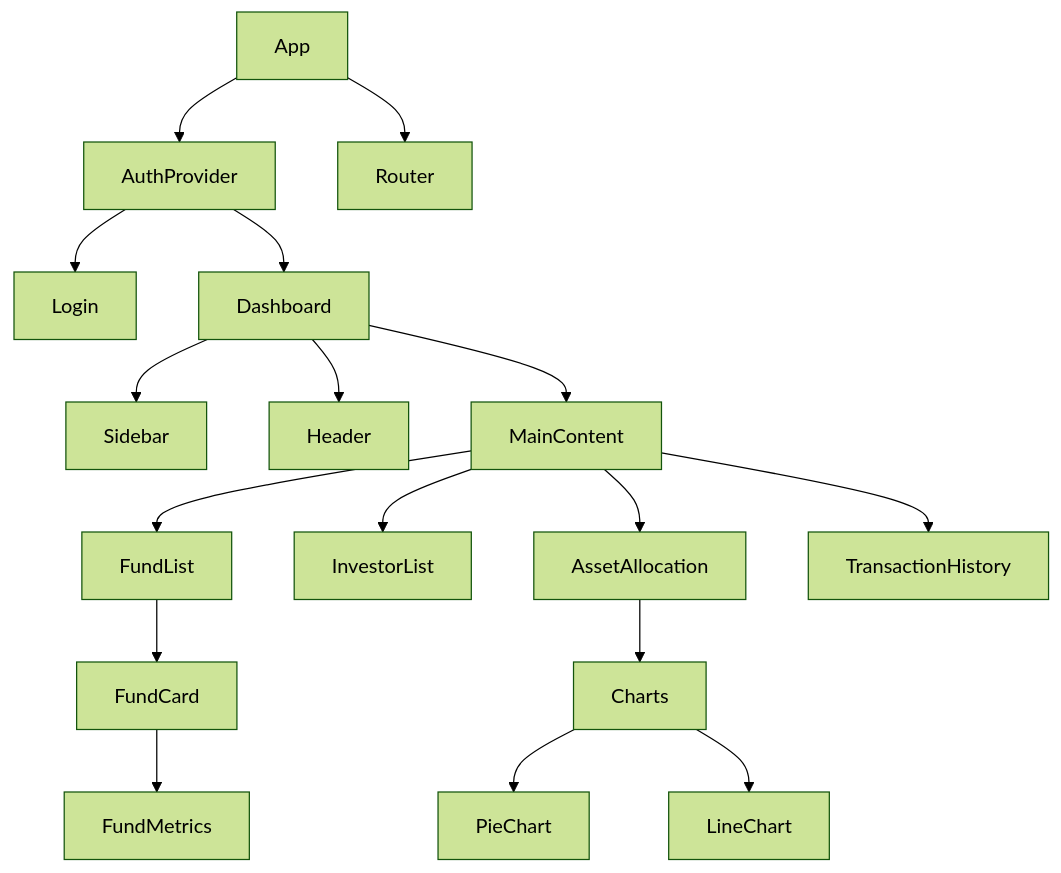
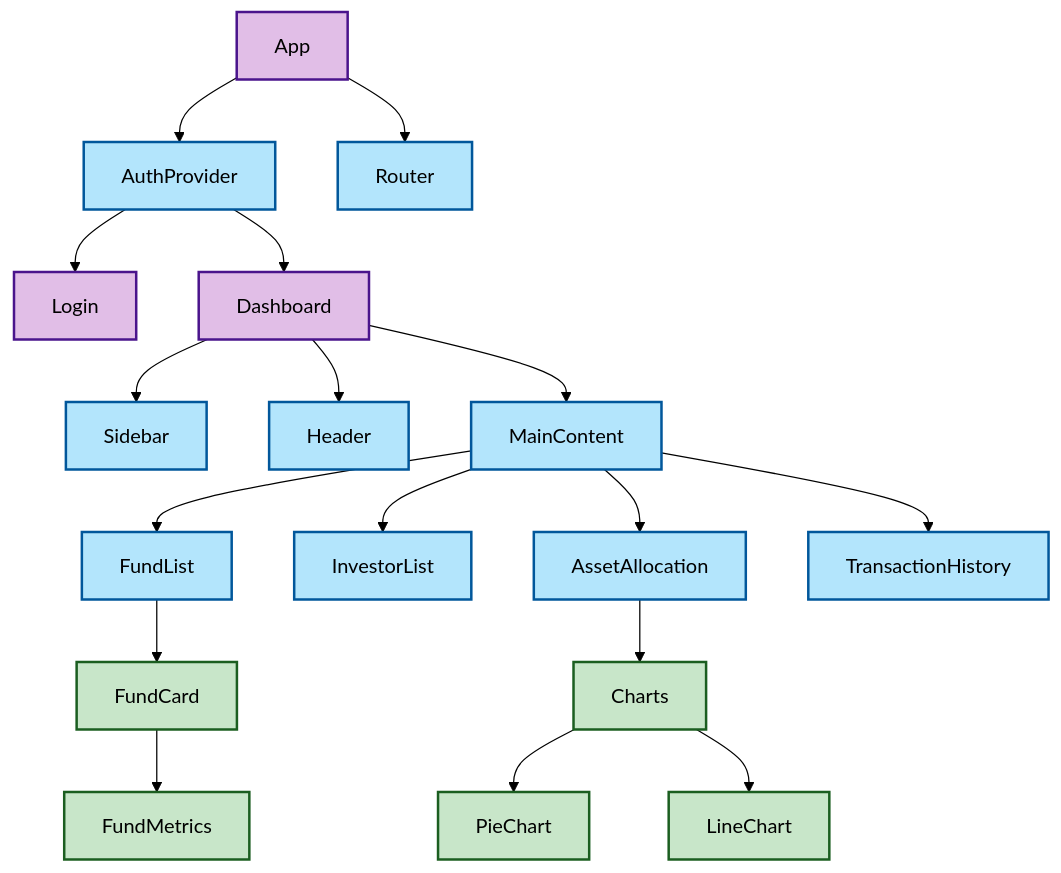
Before and after one commit to MrDecryptDecipher/xrpl-institutional-fund-management: diagram 14 of 17 in README.md, drawn with Mermaid (forest theme). The commit also changed other lines of this file, not shown here.

Commit message:
docs: enhance mermaid diagrams with color and detail

````diff
--- a/README.md
+++ b/README.md
@@ -402,24 +564,29 @@
 ```mermaid
 graph TD
-    App --> AuthProvider
-    App --> Router
+    %% Styles
+    classDef page fill:#e1bee7,stroke:#4a148c,stroke-width:2px;
+    classDef comp fill:#b3e5fc,stroke:#01579b,stroke-width:2px;
+    classDef atom fill:#c8e6c9,stroke:#1b5e20,stroke-width:2px;
+
+    App:::page --> AuthProvider:::comp
+    App --> Router:::comp
     
-    AuthProvider --> Login
-    AuthProvider --> Dashboard
+    AuthProvider --> Login:::page
+    AuthProvider --> Dashboard:::page
     
-    Dashboard --> Sidebar
-    Dashboard --> Header
-    Dashboard --> MainContent
+    Dashboard --> Sidebar:::comp
+    Dashboard --> Header:::comp
+    Dashboard --> MainContent:::comp
     
-    MainContent --> FundList
-    MainContent --> InvestorList
-    MainContent --> AssetAllocation
-    MainContent --> TransactionHistory
+    MainContent --> FundList:::comp
+    MainContent --> InvestorList:::comp
+    MainContent --> AssetAllocation:::comp
+    MainContent --> TransactionHistory:::comp
     
-    FundList --> FundCard
-    FundCard --> FundMetrics
+    FundList --> FundCard:::atom
+    FundCard --> FundMetrics:::atom
     
-    AssetAllocation --> Charts
-    Charts --> PieChart
-    Charts --> LineChart
+    AssetAllocation --> Charts:::atom
+    Charts --> PieChart:::atom
+    Charts --> LineChart:::atom
 ```
````
